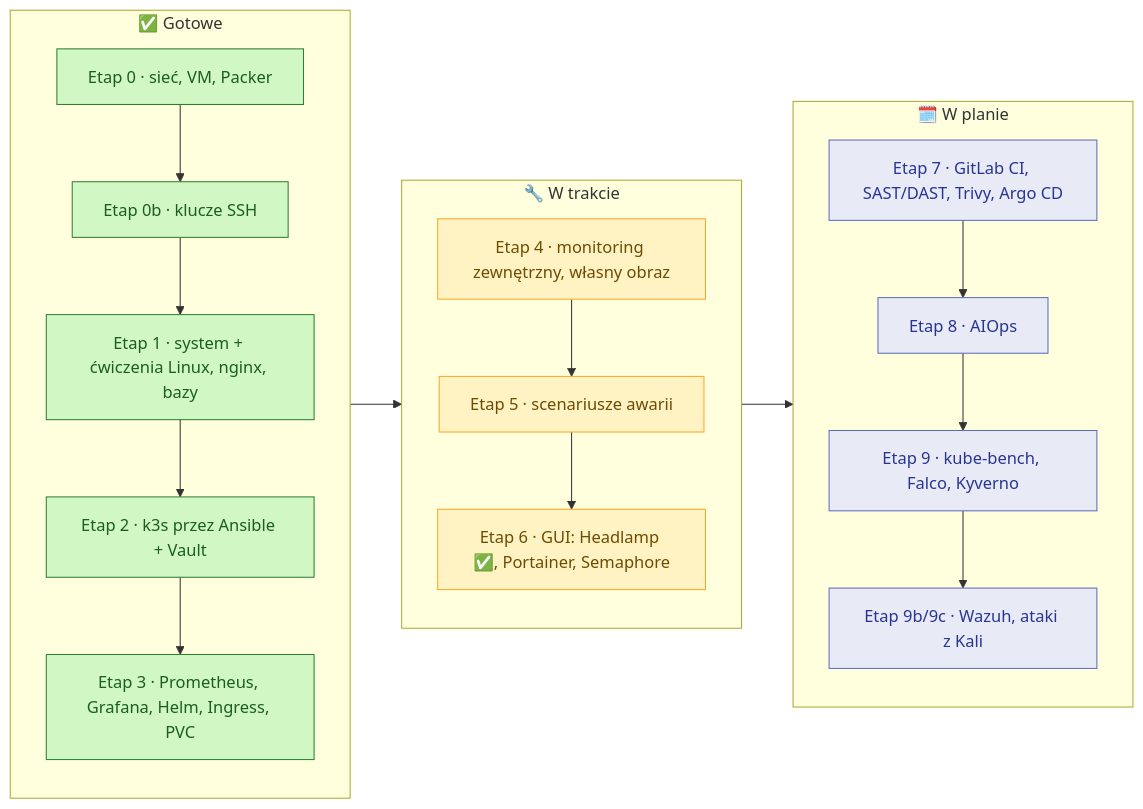
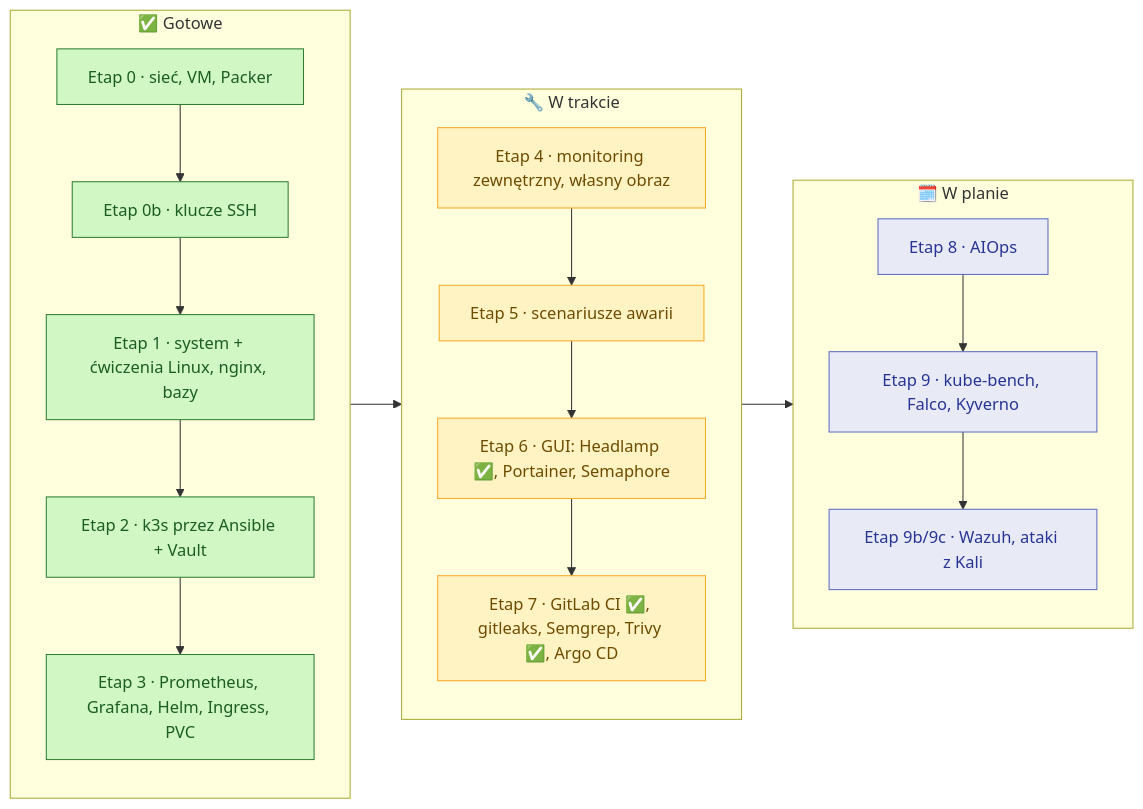
One commit to programmingbygrzegorz/k3s-monitoring-lab changed the third of 3 diagrams in README.md. Above: the diagram before and after it, drawn with Mermaid. The commit also changed other lines of this file, not shown here.

Commit message:
README: sekcja Pipeline DevSecOps (GitLab CI, gitleaks, Semgrep, Trivy, security gate), Etap 7 w trakcie

````diff
--- a/README.md
+++ b/README.md
@@ -86,29 +135,29 @@
 ```mermaid
 flowchart LR
     subgraph done["✅ Gotowe"]
         direction TB
         e0["Etap 0 · sieć, VM, Packer"] --> e0b["Etap 0b · klucze SSH"]
         e0b --> e1["Etap 1 · system + ćwiczenia Linux, nginx, bazy"]
         e1 --> e2["Etap 2 · k3s przez Ansible + Vault"]
         e2 --> e3["Etap 3 · Prometheus, Grafana, Helm, Ingress, PVC"]
     end
     subgraph wip["🔧 W trakcie"]
         direction TB
         e4["Etap 4 · monitoring zewnętrzny, własny obraz"] --> e5["Etap 5 · scenariusze awarii"]
         e5 --> e6["Etap 6 · GUI: Headlamp ✅, Portainer, Semaphore"]
+        e6 --> e7["Etap 7 · GitLab CI ✅, gitleaks, Semgrep, Trivy ✅, Argo CD"]
     end
     subgraph plan["🗓️ W planie"]
         direction TB
-        e7["Etap 7 · GitLab CI, SAST/DAST, Trivy, Argo CD"] --> e8["Etap 8 · AIOps"]
-        e8 --> e9["Etap 9 · kube-bench, Falco, Kyverno"]
+        e8["Etap 8 · AIOps"] --> e9["Etap 9 · kube-bench, Falco, Kyverno"]
         e9 --> e9b["Etap 9b/9c · Wazuh, ataki z Kali"]
     end
     done --> wip --> plan
 
     classDef d fill:#d1f7c4,stroke:#2e7d32,color:#1b5e20
     classDef w fill:#fff3c4,stroke:#f9a825,color:#6d4c00
     classDef p fill:#e8eaf6,stroke:#5c6bc0,color:#283593
     class e0,e0b,e1,e2,e3 d
-    class e4,e5,e6 w
-    class e7,e8,e9,e9b p
+    class e4,e5,e6,e7 w
+    class e8,e9,e9b p
 ```
````
